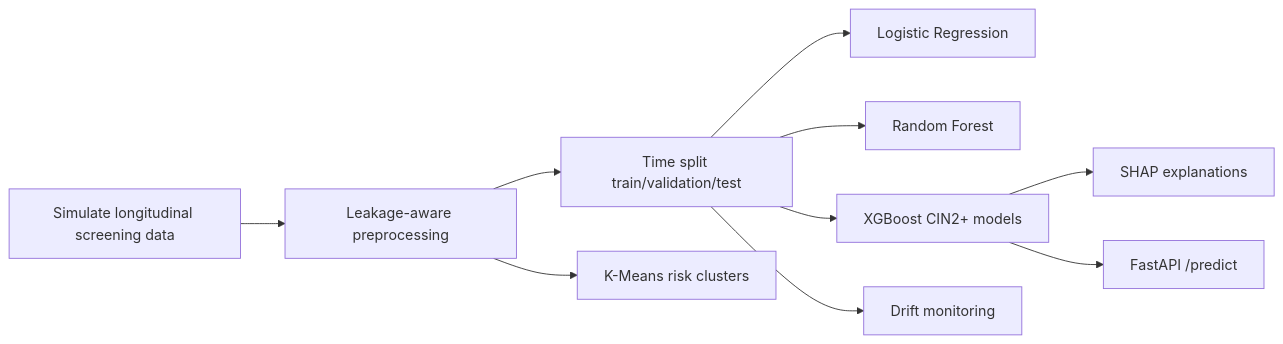
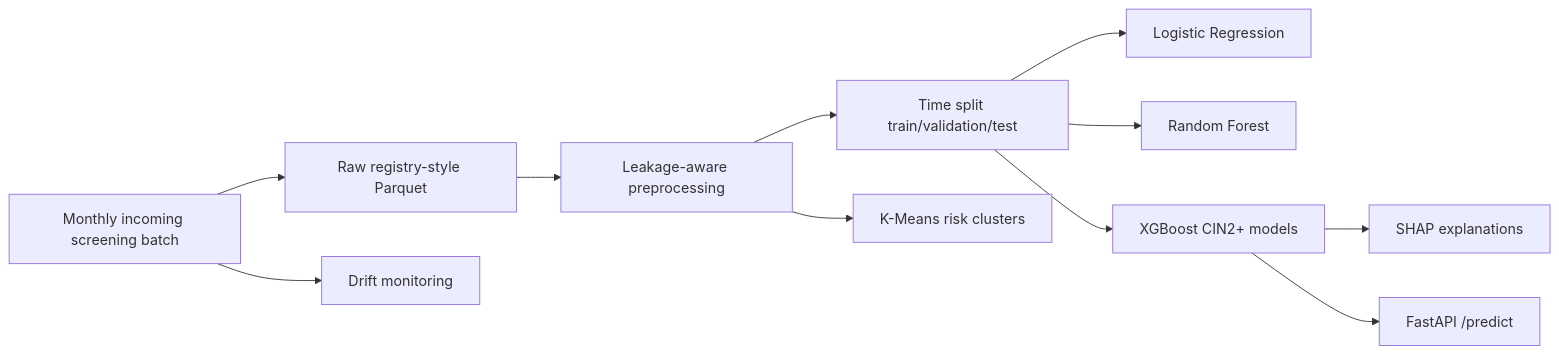
Before and after one commit to YX-Niu/CerviRisk: the diagram in README.md, drawn with Mermaid. The commit also changed other lines of this file and 4 other files, not shown here.

````diff
--- a/README.md
+++ b/README.md
@@ -31,12 +38,13 @@
 ```mermaid
 flowchart LR
-    A[Simulate longitudinal screening data] --> B[Leakage-aware preprocessing]
-    B --> C[Time split train/validation/test]
-    C --> D[Logistic Regression]
-    C --> E[Random Forest]
-    C --> F[XGBoost CIN2+ models]
-    F --> G[SHAP explanations]
-    B --> H[K-Means risk clusters]
-    F --> I[FastAPI /predict]
-    C --> J[Drift monitoring]
+    A[Monthly incoming screening batch] --> B[Raw registry-style Parquet]
+    B --> C[Leakage-aware preprocessing]
+    C --> D[Time split train/validation/test]
+    D --> E[Logistic Regression]
+    D --> F[Random Forest]
+    D --> G[XGBoost CIN2+ models]
+    G --> H[SHAP explanations]
+    C --> I[K-Means risk clusters]
+    G --> J[FastAPI /predict]
+    A --> K[Drift monitoring]
 ```
````
